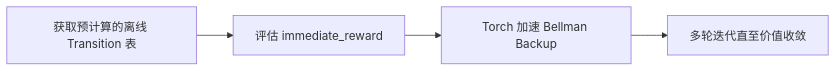
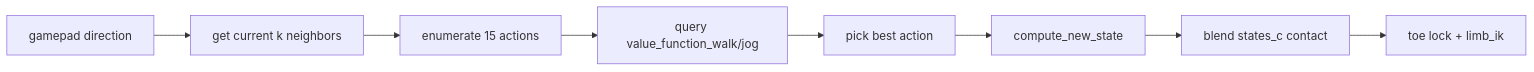
Before and after one commit to EvihGraphics/AnimationTech-HTC: the tenth of 10 diagrams in docs/blog/AnimationPapers/motion_fields_for_interactive_character_animation/README.md, drawn with Mermaid. The commit also changed other lines of this file and 6 other files, not shown here.

````diff
--- a/docs/blog/AnimationPapers/motion_fields_for_interactive_character_animation/README.md
+++ b/docs/blog/AnimationPapers/motion_fields_for_interactive_character_animation/README.md
@@ -186,6 +220,10 @@
 ```mermaid
 flowchart LR
-    A[获取预计算的离线 Transition 表] --> B[评估 immediate_reward]
-    B --> C[Torch 加速 Bellman Backup]
-    C --> D[多轮迭代直至价值收敛]
+    A[gamepad direction] --> B[get current k neighbors]
+    B --> C[enumerate 15 actions]
+    C --> D[query value_function_walk/jog]
+    D --> E[pick best action]
+    E --> F[compute_new_state]
+    F --> G[blend states_c contact]
+    G --> H[toe lock + limb_ik]
 ```
````
